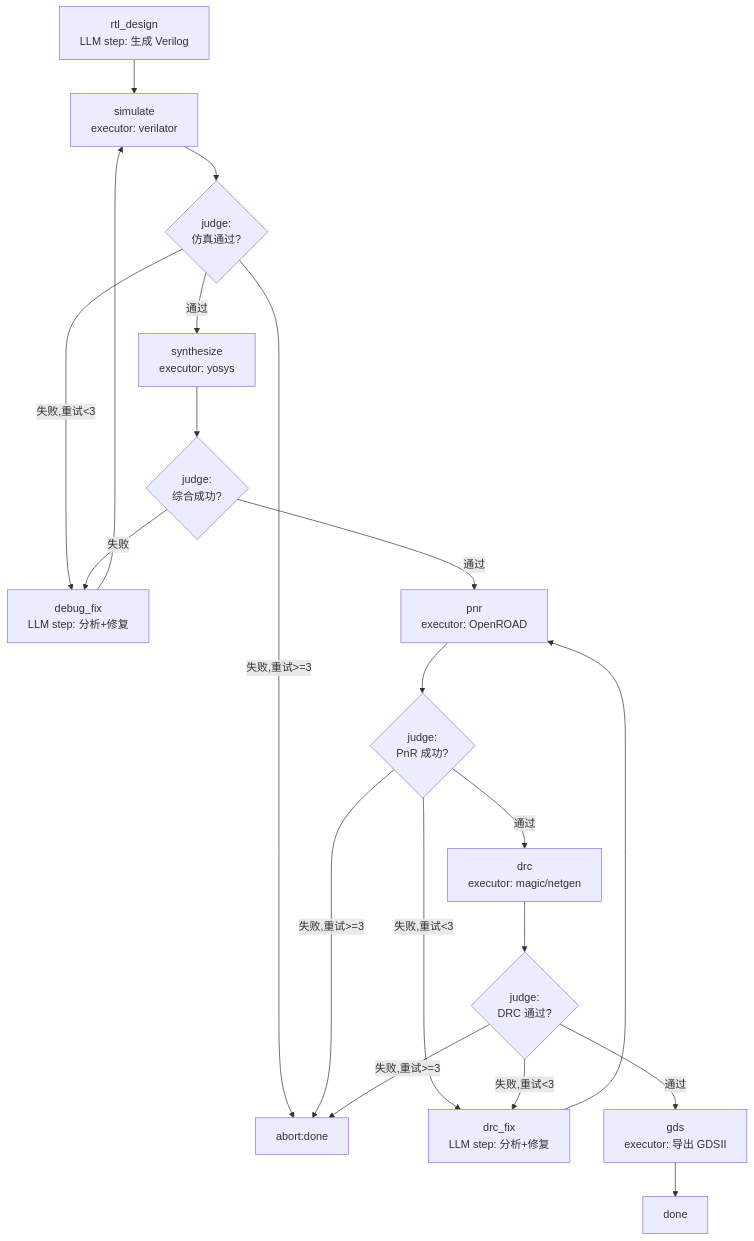
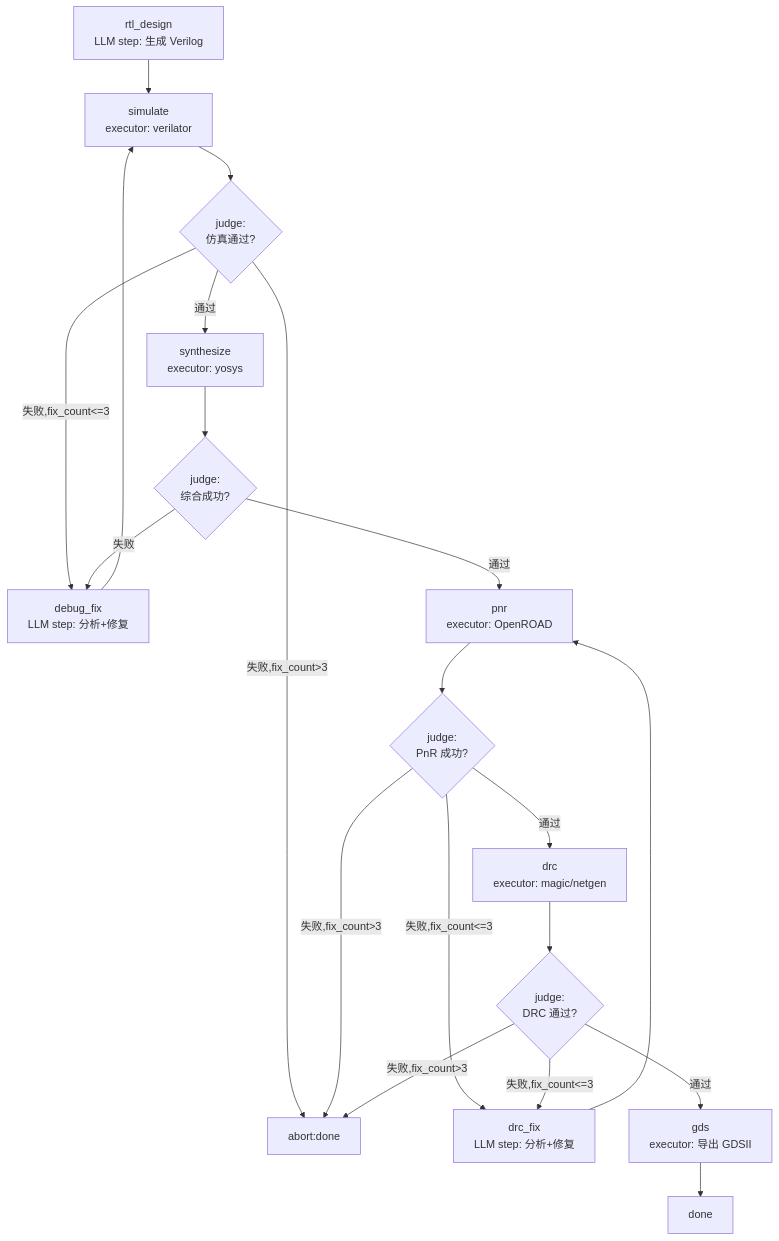
Before and after one commit to oh-my-harness/eda-studio: the diagram in docs/eda-studio-design.md, drawn with Mermaid. The commit also changed other lines of this file, not shown here.

Commit message:
docs: spec self-review fixes - align flow diagram labels with closure counter semantics

````diff
--- a/docs/eda-studio-design.md
+++ b/docs/eda-studio-design.md
@@ -99,22 +103,22 @@
 ```mermaid
 graph TD
     A[rtl_design<br/>LLM step: 生成 Verilog] --> B[simulate<br/>executor: verilator]
     B --> C{judge:<br/>仿真通过?}
-    C -->|失败,重试<3| D[debug_fix<br/>LLM step: 分析+修复]
+    C -->|失败,fix_count<=3| D[debug_fix<br/>LLM step: 分析+修复]
     D --> B
-    C -->|失败,重试>=3| Z[abort:done]
+    C -->|失败,fix_count>3| Z[abort:done]
     C -->|通过| E[synthesize<br/>executor: yosys]
     E --> F{judge:<br/>综合成功?}
     F -->|失败| D
     F -->|通过| G[pnr<br/>executor: OpenROAD]
     G --> H{judge:<br/>PnR 成功?}
-    H -->|失败,重试<3| I[drc_fix<br/>LLM step: 分析+修复]
+    H -->|失败,fix_count<=3| I[drc_fix<br/>LLM step: 分析+修复]
     I --> G
-    H -->|失败,重试>=3| Z
+    H -->|失败,fix_count>3| Z
     H -->|通过| J[drc<br/>executor: magic/netgen]
     J --> K{judge:<br/>DRC 通过?}
-    K -->|失败,重试<3| I
-    K -->|失败,重试>=3| Z
+    K -->|失败,fix_count<=3| I
+    K -->|失败,fix_count>3| Z
     K -->|通过| L[gds<br/>executor: 导出 GDSII]
     L --> M[done]
 ```
````
